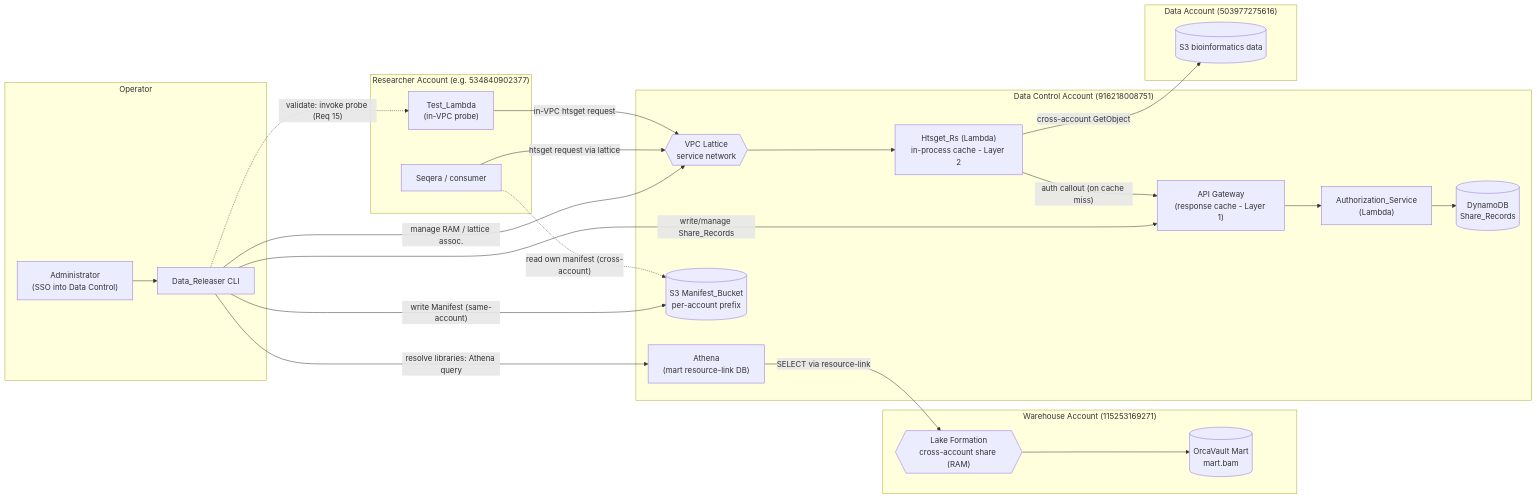
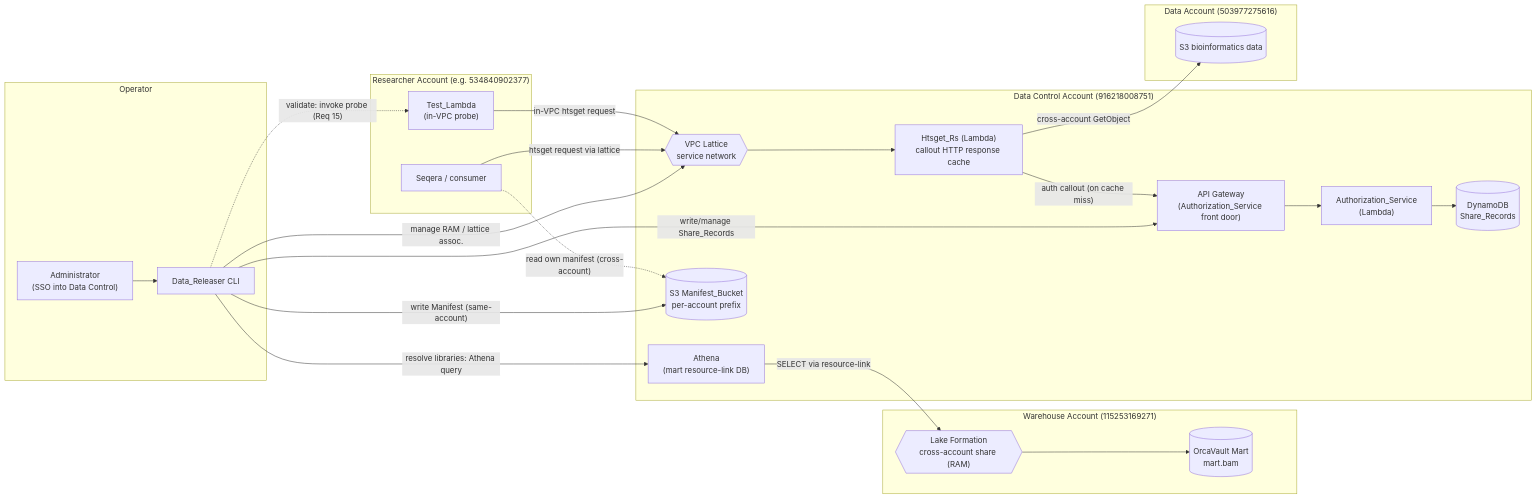
Before and after one commit to umccr/data-releaser: the first of 3 diagrams in .kiro/specs/data-releaser/design.md, drawn with Mermaid. The commit also changed other lines of this file and 60 other files, not shown here.

````diff
--- a/.kiro/specs/data-releaser/design.md
+++ b/.kiro/specs/data-releaser/design.md
@@ -56,56 +62,56 @@
 ```mermaid
 flowchart LR
     subgraph OPS["Operator"]
         ADMIN["Administrator<br/>(SSO into Data Control)"]
         CLI["Data_Releaser CLI"]
     end
 
     subgraph WH["Warehouse Account (115253169271)"]
         OV[("OrcaVault Mart<br/>mart.bam")]
         LF{{"Lake Formation<br/>cross-account share (RAM)"}}
     end
 
     subgraph DC["Data Control Account (916218008751)"]
         ATHENA["Athena<br/>(mart resource-link DB)"]
-        APIGW["API Gateway<br/>(response cache - Layer 1)"]
+        APIGW["API Gateway<br/>(Authorization_Service front door)"]
         AUTH["Authorization_Service<br/>(Lambda)"]
         DDB[("DynamoDB<br/>Share_Records")]
-        HTS["Htsget_Rs (Lambda)<br/>in-process cache - Layer 2"]
+        HTS["Htsget_Rs (Lambda)<br/>callout HTTP response cache"]
         LATTICE{{"VPC Lattice<br/>service network"}}
         S3MAN[("S3 Manifest_Bucket<br/>per-account prefix")]
     end
 
     subgraph DATA["Data Account (503977275616)"]
         S3DATA[("S3 bioinformatics data")]
     end
 
     subgraph RES["Researcher Account (e.g. 534840902377)"]
         TESTL["Test_Lambda<br/>(in-VPC probe)"]
         SEQERA["Seqera / consumer"]
     end
 
     ADMIN --> CLI
 
     %% CLI credential-scoped flows (per-need role assumption)
     CLI -->|"resolve libraries: Athena query"| ATHENA
     CLI -->|"write/manage Share_Records"| APIGW
     CLI -->|"manage RAM / lattice assoc."| LATTICE
     CLI -->|"write Manifest (same-account)"| S3MAN
     SEQERA -.->|"read own manifest (cross-account)"| S3MAN
     CLI -.->|"validate: invoke probe (Req 15)"| TESTL
 
     %% Warehouse resolution path (Lake Formation share)
     ATHENA -->|"SELECT via resource-link"| LF
     LF --> OV
 
     %% Authorization data path
     APIGW --> AUTH
     AUTH --> DDB
 
     %% htsget request path
     SEQERA -->|"htsget request via lattice"| LATTICE
     LATTICE --> HTS
     HTS -->|"auth callout (on cache miss)"| APIGW
     HTS -->|"cross-account GetObject"| S3DATA
     TESTL -->|"in-VPC htsget request"| LATTICE
 ```
````
